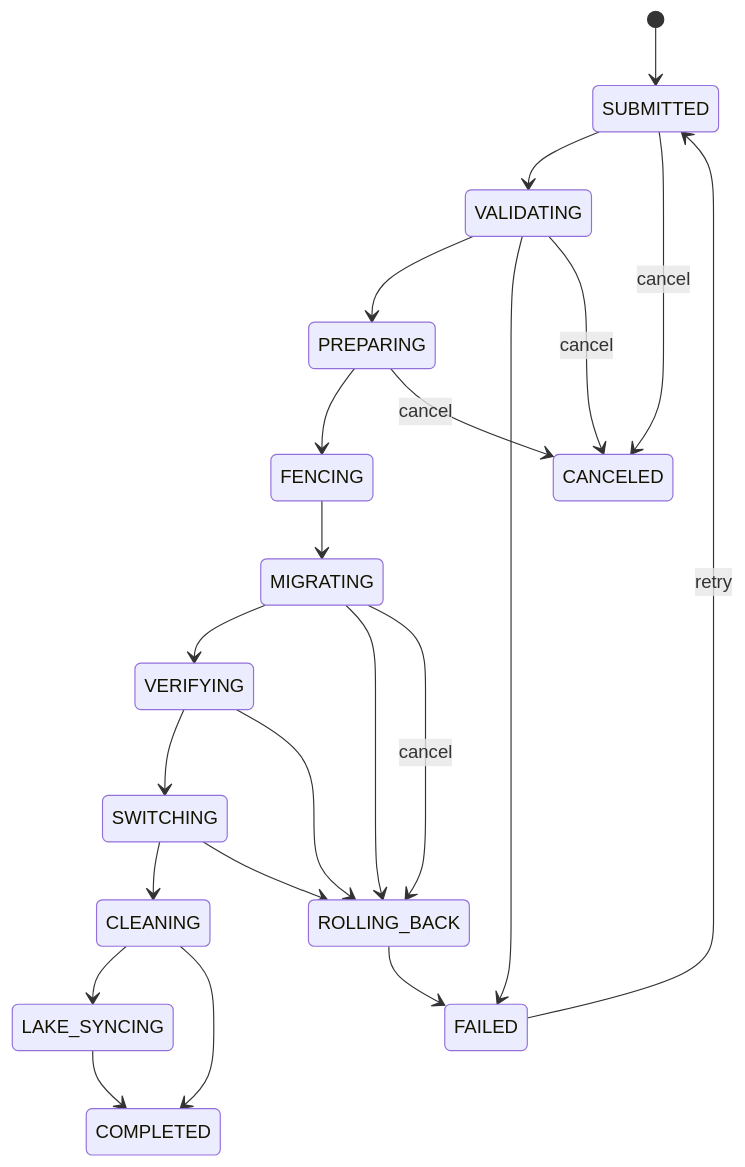
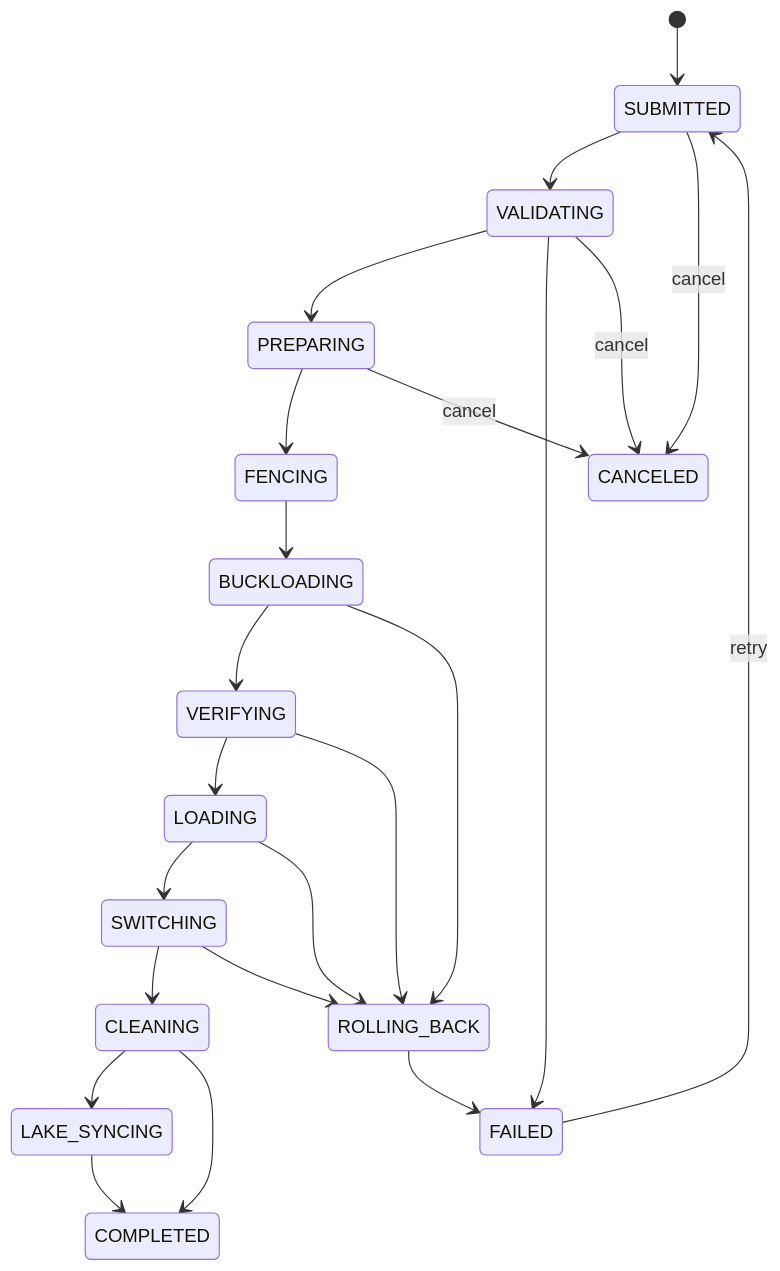
One commit to platinumhamburg/fluss changed the third of 3 diagrams in website/docs/design/dynamic-bucket-rescaling-design.md. Above: the diagram before and after it, drawn with Mermaid. The commit also changed other lines of this file, not shown here.

First line of the commit message:
[docs] Add Buckload cold-load architecture to bucket rescale design

````diff
--- a/website/docs/design/dynamic-bucket-rescaling-design.md
+++ b/website/docs/design/dynamic-bucket-rescaling-design.md
@@ -424,24 +591,25 @@
 ```mermaid
 stateDiagram-v2
     [*] --> SUBMITTED
     SUBMITTED --> VALIDATING
     VALIDATING --> PREPARING
     VALIDATING --> FAILED
     PREPARING --> FENCING
-    FENCING --> MIGRATING
-    MIGRATING --> VERIFYING
-    VERIFYING --> SWITCHING
+    FENCING --> BUCKLOADING
+    BUCKLOADING --> VERIFYING
+    VERIFYING --> LOADING
+    LOADING --> SWITCHING
     SWITCHING --> CLEANING
     CLEANING --> LAKE_SYNCING
     CLEANING --> COMPLETED
     LAKE_SYNCING --> COMPLETED
-    MIGRATING --> ROLLING_BACK
+    BUCKLOADING --> ROLLING_BACK
     VERIFYING --> ROLLING_BACK
+    LOADING --> ROLLING_BACK
     SWITCHING --> ROLLING_BACK
     ROLLING_BACK --> FAILED
-    MIGRATING --> ROLLING_BACK : cancel
     SUBMITTED --> CANCELED : cancel
     VALIDATING --> CANCELED : cancel
     PREPARING --> CANCELED : cancel
     FAILED --> SUBMITTED : retry
 ```
````
